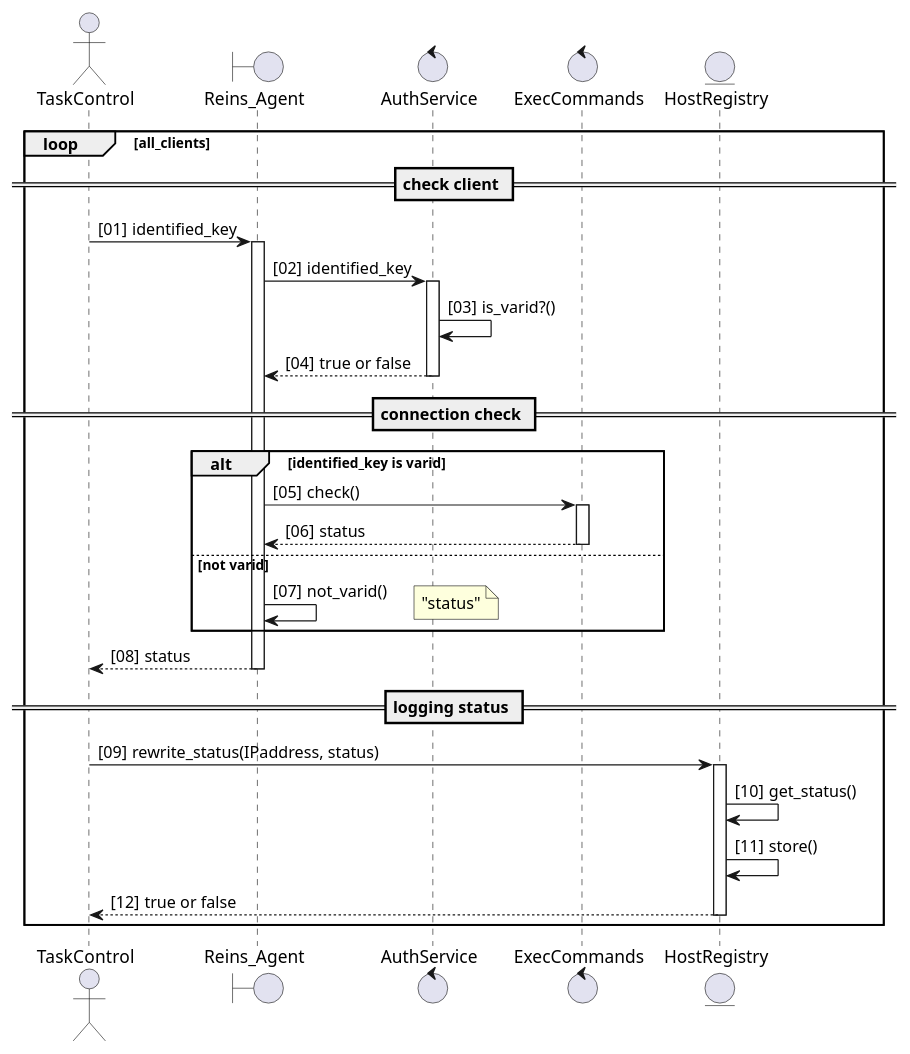
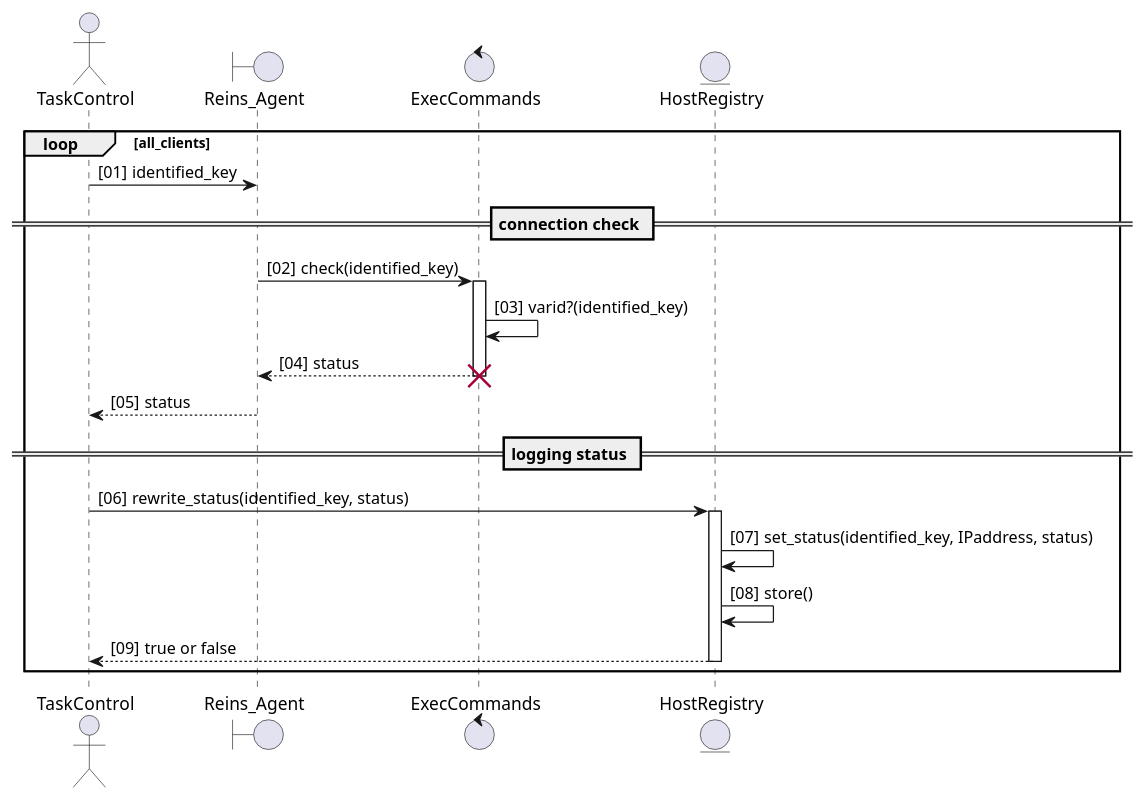
Before and after one commit to 40ruby/reins: the diagram in uml/admin.pu, drawn with PlantUML. The commit also changed 1 other file, not shown here.

Commit message:
Added a Class Diagram

```diff
--- a/uml/admin.pu
+++ b/uml/admin.pu
@@ -1,54 +1,40 @@
 @startuml
 
 actor TaskControl as server
 boundary Reins_Agent as agent
-control AuthService as auth
 control ExecCommands as comm
 
 entity HostRegistry as host
 
 autonumber "[00]"
 
 loop all_clients
-== check client ==
 
 server -> agent: identified_key
-activate agent
-
-agent -> auth: identified_key
-activate auth
-
-auth -> auth: is_varid?()
-
-auth --> agent: true or false
-deactivate auth
 
 == connection check ==
 
-alt identified_key is varid
-  agent -> comm: check()
-  activate comm
-  comm --> agent: status
-  deactivate comm
-else not varid
-  agent -> agent: not_varid()
-  note right: "status"
-end
+agent -> comm: check(identified_key)
+activate comm
+comm -> comm: varid?(identified_key)
+comm --> agent: status
+deactivate comm
+destroy comm
 
 agent --> server: status
 deactivate agent
 
 == logging status ==
 
-server -> host: rewrite_status(IPaddress, status)
+server -> host: rewrite_status(identified_key, status)
 activate host
-host -> host: get_status()
+host -> host: set_status(identified_key, IPaddress, status)
 host -> host: store()
 host --> server: true or false
 deactivate host
 
 end
 
 
 
 @enduml
```
